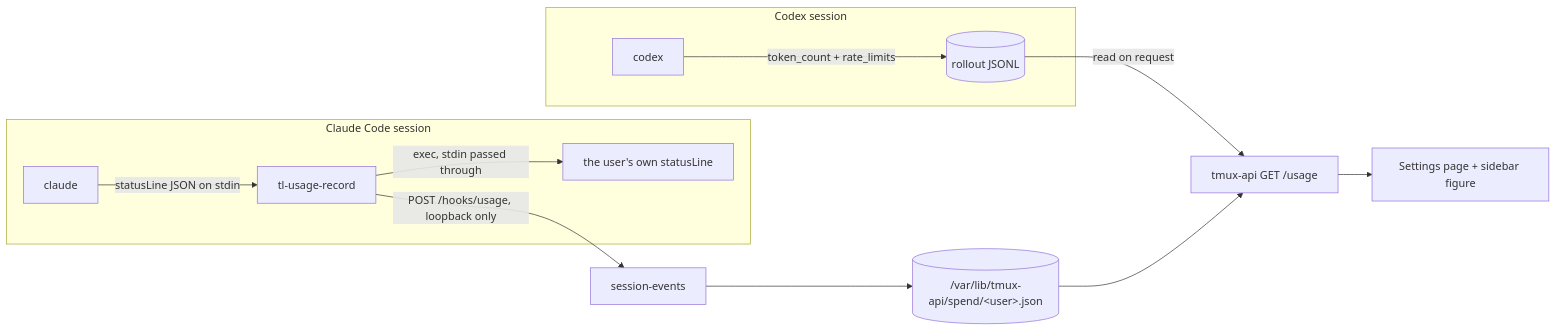
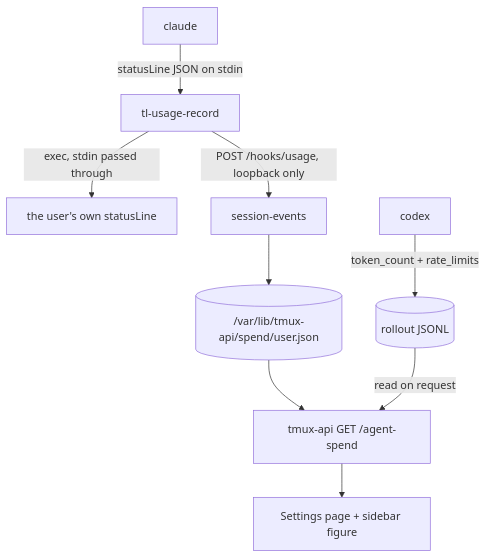
Before and after one commit to ViktorBarzin/terminal-lobby: the diagram in docs/plans/2026-09-06-agent-spend-panel-design.md, drawn with Mermaid. The commit also changed other lines of this file, not shown here.

Commit message:
docs(plan): portrait-friendly diagram and a tone pass
The flowchart ran left-to-right and overflowed the page on the rendered
site, which is read on a phone. Two bold lead-ins had swallowed their
bullet lists for want of a blank line, and the status and date lines
duplicated what the page header already shows.

````diff
--- a/docs/plans/2026-09-06-agent-spend-panel-design.md
+++ b/docs/plans/2026-09-06-agent-spend-panel-design.md
@@ -57,15 +54,11 @@
 ```mermaid
-flowchart LR
-  subgraph claude[Claude Code session]
-    CC[claude] -->|statusLine JSON on stdin| REC[tl-usage-record]
-    REC -->|exec, stdin passed through| INNER[the user's own statusLine]
-  end
-  subgraph codex[Codex session]
-    CX[codex] -->|token_count + rate_limits| ROLL[(rollout JSONL)]
-  end
+flowchart TD
+  CC[claude] -->|statusLine JSON on stdin| REC[tl-usage-record]
+  REC -->|exec, stdin passed through| INNER[the user's own statusLine]
   REC -->|POST /hooks/usage, loopback only| SE[session-events]
-  SE --> STORE[("/var/lib/tmux-api/spend/&lt;user&gt;.json")]
-  ROLL -->|read on request| API[tmux-api GET /usage]
-  STORE --> API
+  SE --> STORE[("/var/lib/tmux-api/spend/user.json")]
+  CX[codex] -->|token_count + rate_limits| ROLL[(rollout JSONL)]
+  STORE --> API[tmux-api GET /agent-spend]
+  ROLL -->|read on request| API
   API --> UI[Settings page + sidebar figure]
 ```
````
